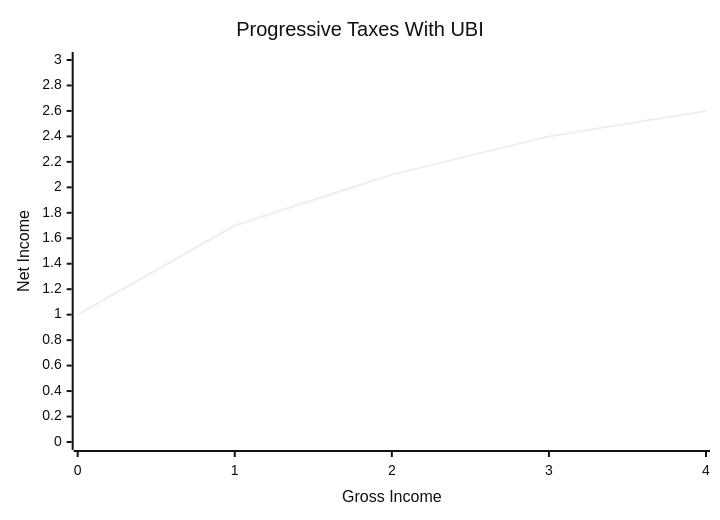
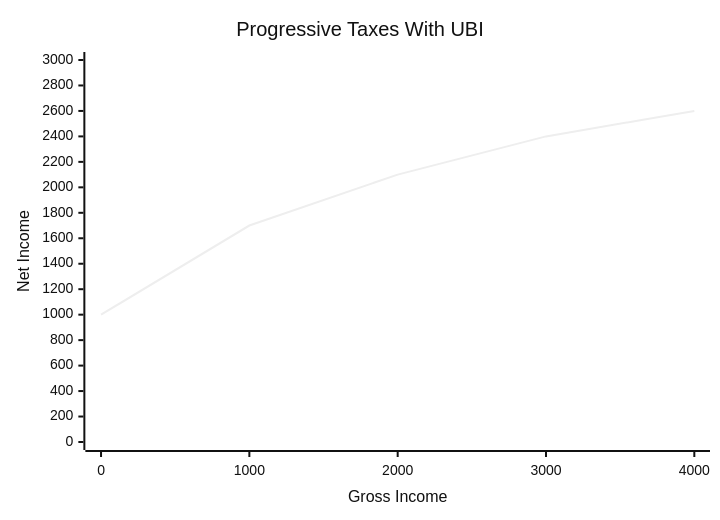
Before and after one commit to sergey-shandar/public: the fourth of 4 diagrams in notes/economy/justice.md, drawn with Mermaid (neutral theme). The commit also changed other lines of this file, not shown here.

````diff
--- a/notes/economy/justice.md
+++ b/notes/economy/justice.md
@@ -56,7 +54,7 @@
 ```mermaid
 xychart-beta
     title "Progressive Taxes With UBI"
-    x-axis "Gross Income" [0, 1, 2, 3, 4]
-    y-axis "Net Income" 0 --> 3
-    line [1, 1.7, 2.1, 2.4, 2.6]
+    x-axis "Gross Income" [0, 1000, 2000, 3000, 4000]
+    y-axis "Net Income" 0 --> 3000
+    line [1000, 1700, 2100, 2400, 2600]
 ```
````
